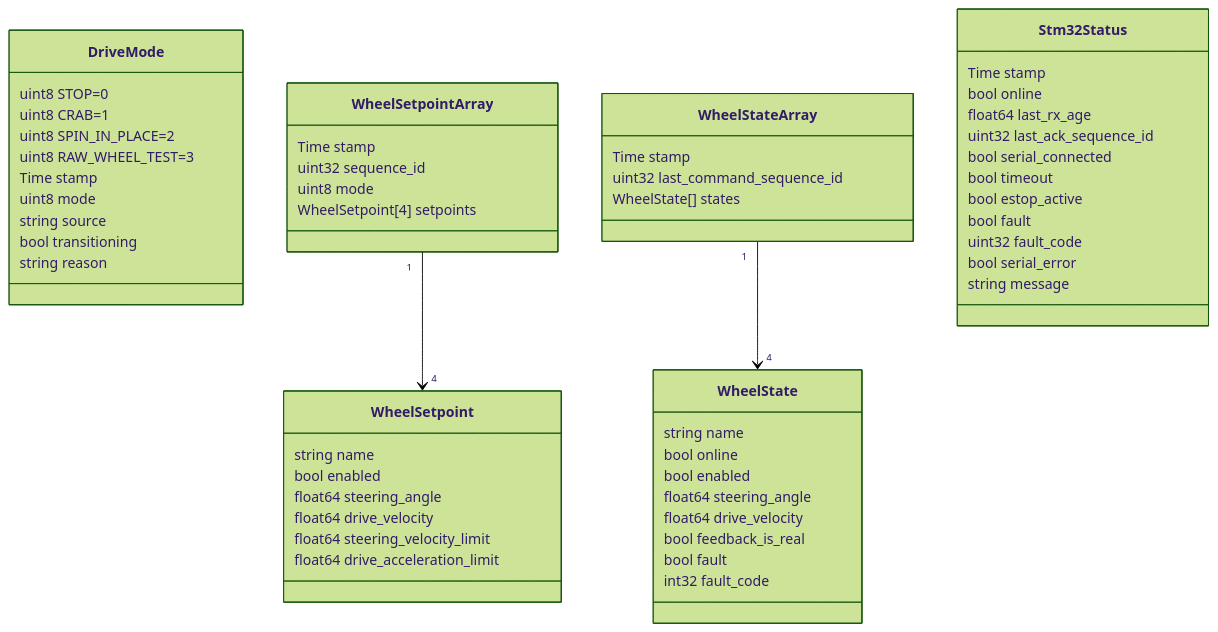
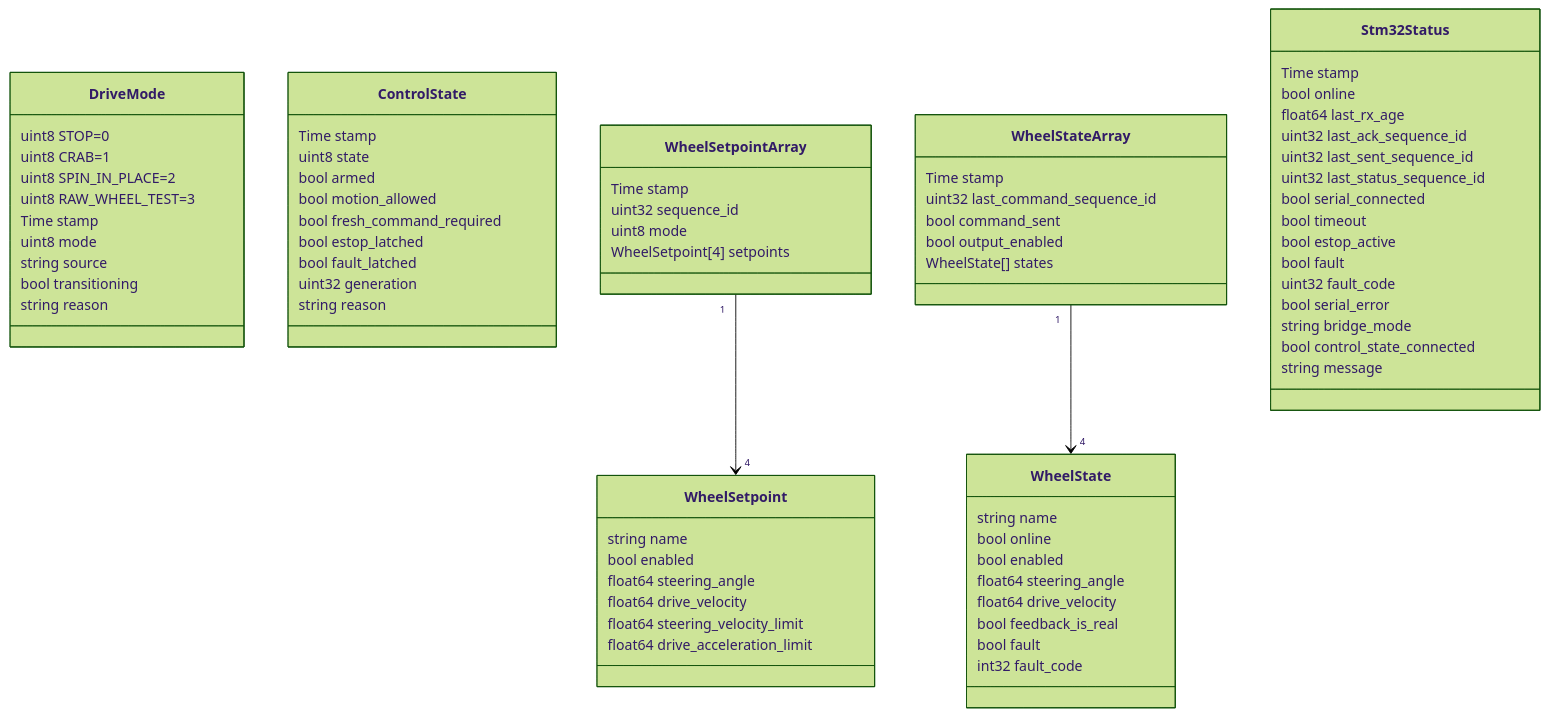
The seventh of 7 diagrams in docs/ROS2架构与节点关系图.md (lixiang-moss/rover), drawn with Mermaid (forest theme) before and after one commit. The commit also changed other lines of this file and 46 other files, not shown here.

````diff
--- a/docs/ROS2架构与节点关系图.md
+++ b/docs/ROS2架构与节点关系图.md
@@ -382,64 +397,82 @@
 ```mermaid
 classDiagram
     class DriveMode {
         uint8 STOP=0
         uint8 CRAB=1
         uint8 SPIN_IN_PLACE=2
         uint8 RAW_WHEEL_TEST=3
         Time stamp
         uint8 mode
         string source
         bool transitioning
+        string reason
+    }
+
+    class ControlState {
+        Time stamp
+        uint8 state
+        bool armed
+        bool motion_allowed
+        bool fresh_command_required
+        bool estop_latched
+        bool fault_latched
+        uint32 generation
         string reason
     }
 
     class WheelSetpoint {
         string name
         bool enabled
         float64 steering_angle
         float64 drive_velocity
         float64 steering_velocity_limit
         float64 drive_acceleration_limit
     }
 
     class WheelSetpointArray {
         Time stamp
         uint32 sequence_id
         uint8 mode
         WheelSetpoint[4] setpoints
     }
 
     class WheelState {
         string name
         bool online
         bool enabled
         float64 steering_angle
         float64 drive_velocity
         bool feedback_is_real
         bool fault
         int32 fault_code
     }
 
     class WheelStateArray {
         Time stamp
         uint32 last_command_sequence_id
+        bool command_sent
+        bool output_enabled
         WheelState[] states
     }
 
     class Stm32Status {
         Time stamp
         bool online
         float64 last_rx_age
         uint32 last_ack_sequence_id
+        uint32 last_sent_sequence_id
+        uint32 last_status_sequence_id
         bool serial_connected
         bool timeout
         bool estop_active
         bool fault
         uint32 fault_code
         bool serial_error
+        string bridge_mode
+        bool control_state_connected
         string message
     }
 
     WheelSetpointArray "1" --> "4" WheelSetpoint
     WheelStateArray "1" --> "4" WheelState
 ```
````
